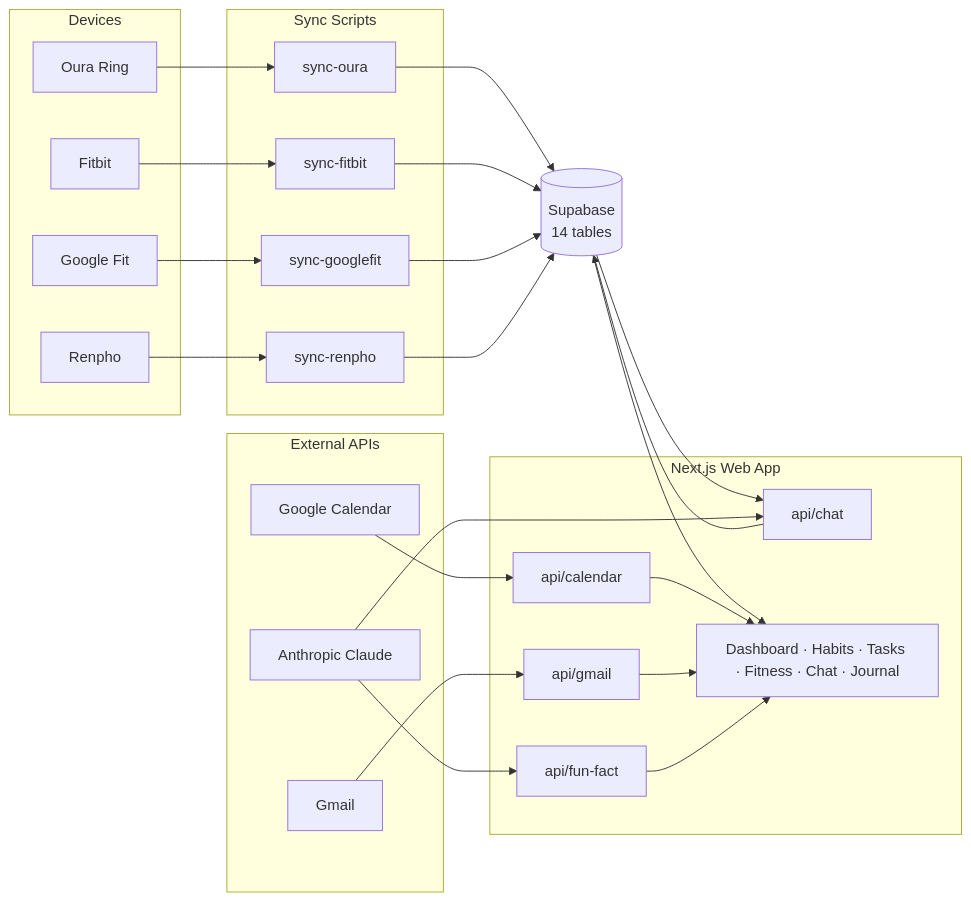
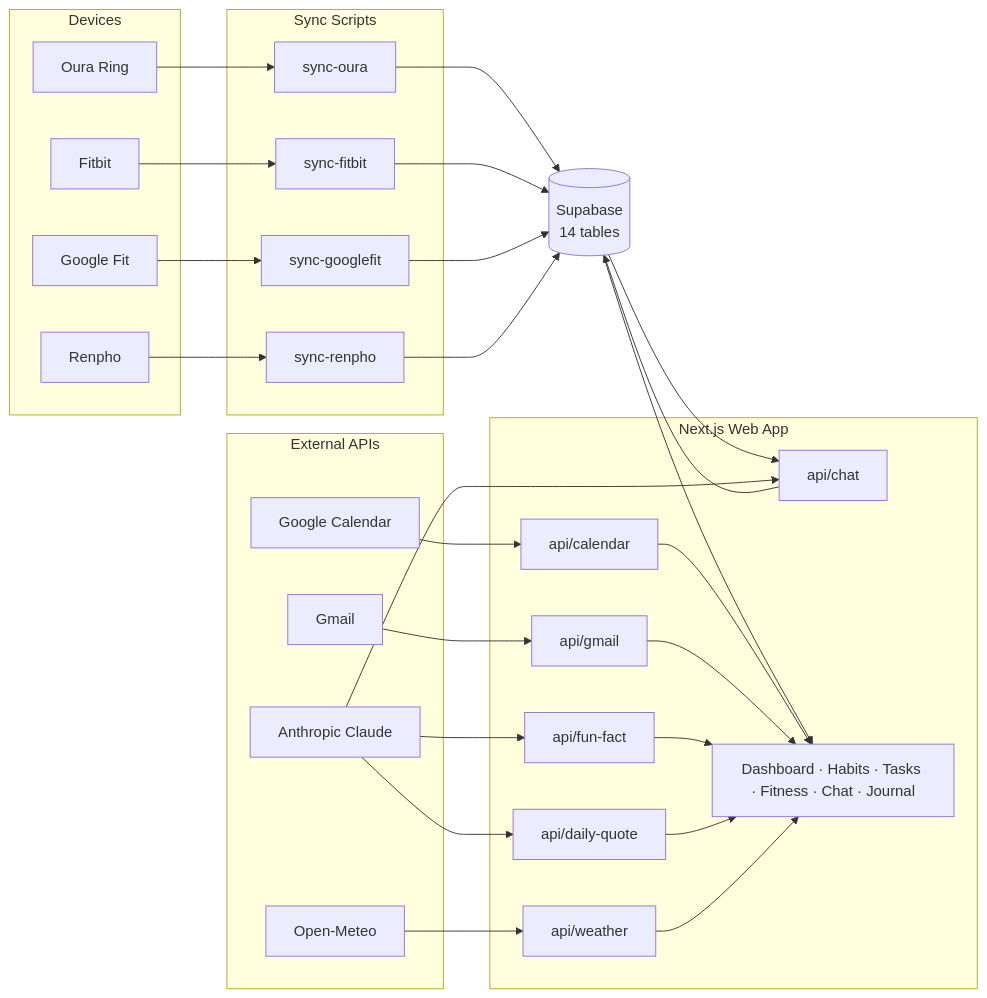
Before and after one commit to Theioz/mr-bridge-assistant: the diagram in README.md, drawn with Mermaid. The commit also changed other lines of this file and 12 other files, not shown here.

First line of the commit message:
feat: weather in morning briefing, severe weather alerts & daily quote (#77) (#79)

````diff
--- a/README.md
+++ b/README.md
@@ -7,46 +7,50 @@
 ```mermaid
 flowchart LR
     subgraph devices["Devices"]
         oura["Oura Ring"]
         fitbit["Fitbit"]
         gfit["Google Fit"]
         renpho["Renpho"]
     end
 
     subgraph scripts["Sync Scripts"]
         so["sync-oura"]
         sf["sync-fitbit"]
         sg["sync-googlefit"]
         sr["sync-renpho"]
     end
 
     db[("Supabase\n14 tables")]
 
     subgraph web["Next.js Web App"]
         rc["api/chat"]
         rf["api/fun-fact"]
+        rq["api/daily-quote"]
+        rw["api/weather"]
         rcal["api/calendar"]
         rmail["api/gmail"]
         pg["Dashboard · Habits · Tasks · Fitness · Chat · Journal"]
     end
 
     subgraph ext["External APIs"]
         cl["Anthropic Claude"]
         gc["Google Calendar"]
         gm["Gmail"]
+        om["Open-Meteo"]
     end
 
     oura --> so --> db
     fitbit --> sf --> db
     gfit --> sg --> db
     renpho --> sr --> db
 
     db --> pg
     db --> rc
     rc --> db
 
-    cl --> rc & rf
+    cl --> rc & rf & rq
     gc --> rcal --> pg
     gm --> rmail --> pg
-    rf --> pg
+    rf & rq & rw --> pg
+    om --> rw
 ```
````
